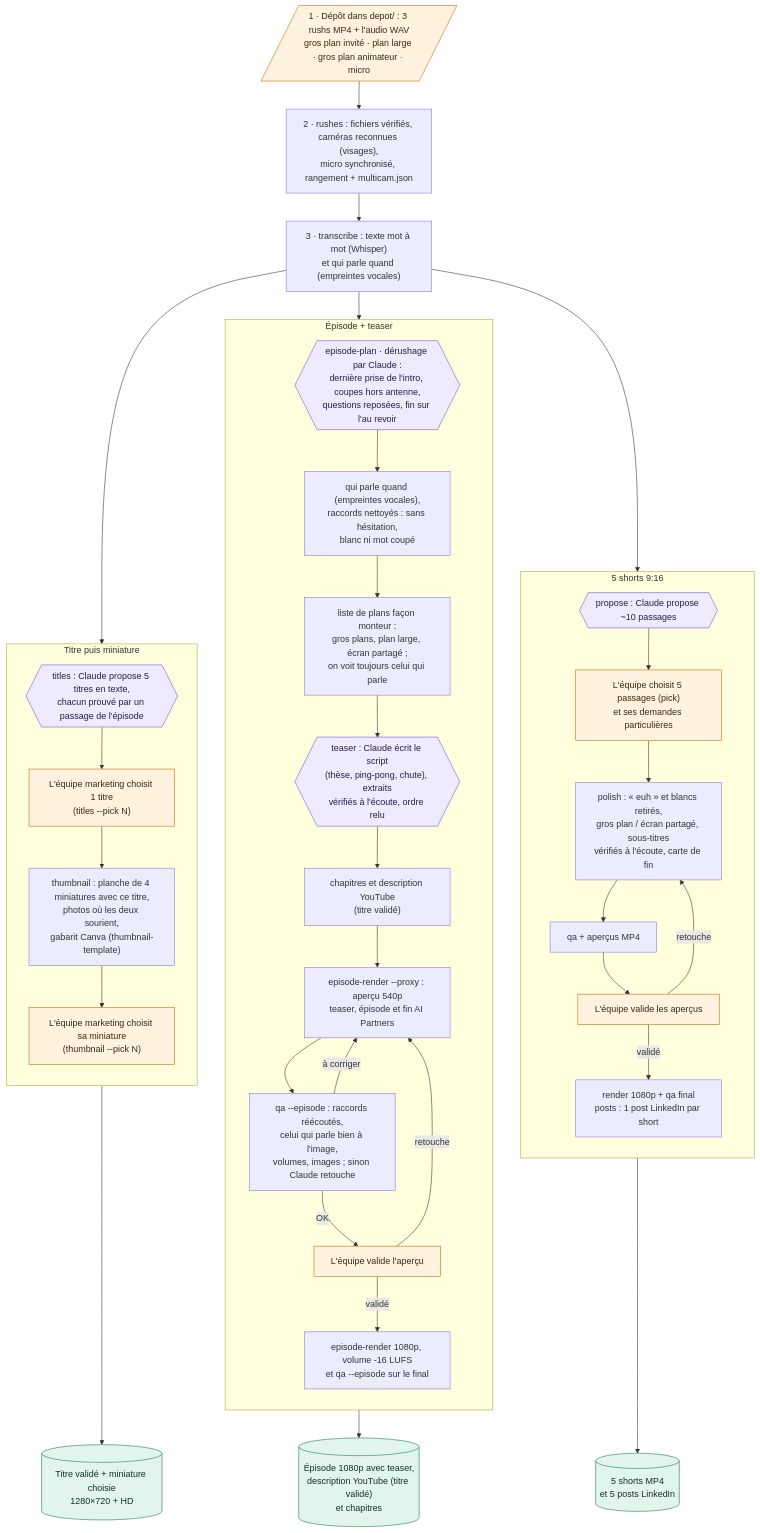
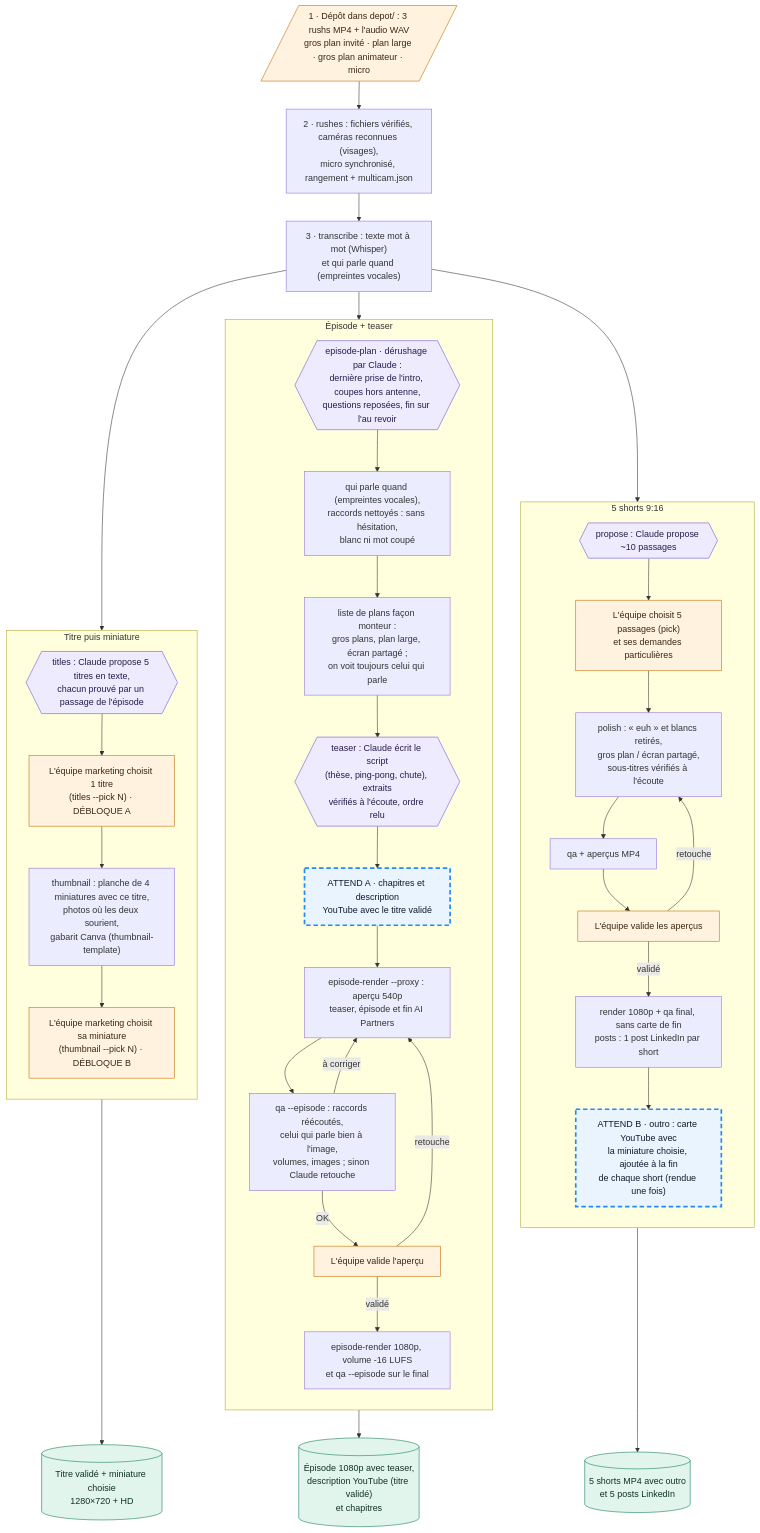
Before and after one commit to arthurw31/podcast-clipper: the diagram in docs/schema.mmd, drawn with Mermaid. The commit also changed 9 other files, not shown here.

First line of the commit message:
Outro des shorts = carte YouTube avec la miniature choisie (commande outro) ; schéma avec les dépendances entre colonnes

```diff
--- a/docs/schema.mmd
+++ b/docs/schema.mmd
@@ -1,50 +1,53 @@
 flowchart TD
     IN[/"1 · Dépôt dans depot/ : 3 rushs MP4 + l'audio WAV<br/>gros plan invité · plan large · gros plan animateur · micro"/]
     IN --> FE["2 · rushes : fichiers vérifiés, caméras reconnues (visages),<br/>micro synchronisé, rangement + multicam.json"]
     FE --> TR["3 · transcribe : texte mot à mot (Whisper)<br/>et qui parle quand (empreintes vocales)"]
     TR --> S1
     TR --> E1
     TR --> M1
 
     subgraph SH["5 shorts 9:16"]
         direction TB
         S1{{"propose : Claude propose ~10 passages"}} --> S2["L'équipe choisit 5 passages (pick)<br/>et ses demandes particulières"]
-        S2 --> S3["polish : « euh » et blancs retirés,<br/>gros plan / écran partagé, sous-titres<br/>vérifiés à l'écoute, carte de fin"]
+        S2 --> S3["polish : « euh » et blancs retirés,<br/>gros plan / écran partagé,<br/>sous-titres vérifiés à l'écoute"]
         S3 --> S4["qa + aperçus MP4"]
         S4 --> S5["L'équipe valide les aperçus"]
         S5 -->|retouche| S3
-        S5 -->|validé| S6["render 1080p + qa final<br/>posts : 1 post LinkedIn par short"]
+        S5 -->|validé| S6["render 1080p + qa final, sans carte de fin<br/>posts : 1 post LinkedIn par short"]
+        S6 --> S7["ATTEND B · outro : carte YouTube avec<br/>la miniature choisie, ajoutée à la fin<br/>de chaque short (rendue une fois)"]
     end
 
     subgraph EP["Épisode + teaser"]
         direction TB
         E1{{"episode-plan · dérushage par Claude :<br/>dernière prise de l'intro, coupes hors antenne,<br/>questions reposées, fin sur l'au revoir"}}
         E1 --> E2["qui parle quand (empreintes vocales),<br/>raccords nettoyés : sans hésitation,<br/>blanc ni mot coupé"]
         E2 --> E3["liste de plans façon monteur :<br/>gros plans, plan large, écran partagé ;<br/>on voit toujours celui qui parle"]
         E3 --> E4{{"teaser : Claude écrit le script<br/>(thèse, ping-pong, chute), extraits<br/>vérifiés à l'écoute, ordre relu"}}
-        E4 --> E5["chapitres et description YouTube<br/>(titre validé)"]
+        E4 --> E5["ATTEND A · chapitres et description<br/>YouTube avec le titre validé"]
         E5 --> E6["episode-render --proxy : aperçu 540p<br/>teaser, épisode et fin AI Partners"]
         E6 --> E7["qa --episode : raccords réécoutés,<br/>celui qui parle bien à l'image,<br/>volumes, images ; sinon Claude retouche"]
         E7 -->|OK| E8["L'équipe valide l'aperçu"]
         E7 -->|à corriger| E6
         E8 -->|retouche| E6
         E8 -->|validé| E9["episode-render 1080p, volume -16 LUFS<br/>et qa --episode sur le final"]
     end
 
     subgraph MI["Titre puis miniature"]
         direction TB
-        M1{{"titles : Claude propose 5 titres en texte,<br/>chacun prouvé par un passage de l'épisode"}} --> M2["L'équipe marketing choisit 1 titre<br/>(titles --pick N)"]
+        M1{{"titles : Claude propose 5 titres en texte,<br/>chacun prouvé par un passage de l'épisode"}} --> M2["L'équipe marketing choisit 1 titre<br/>(titles --pick N) · DÉBLOQUE A"]
         M2 --> M3["thumbnail : planche de 4 miniatures avec ce titre,<br/>photos où les deux sourient,<br/>gabarit Canva (thumbnail-template)"]
-        M3 --> M4["L'équipe marketing choisit sa miniature<br/>(thumbnail --pick N)"]
+        M3 --> M4["L'équipe marketing choisit sa miniature<br/>(thumbnail --pick N) · DÉBLOQUE B"]
     end
 
-    S6 --> L1[("5 shorts MP4<br/>et 5 posts LinkedIn")]
+    S7 --> L1[("5 shorts MP4 avec outro<br/>et 5 posts LinkedIn")]
     E9 --> L2[("Épisode 1080p avec teaser,<br/>description YouTube (titre validé)<br/>et chapitres")]
     M4 --> L3[("Titre validé + miniature choisie<br/>1280×720 + HD")]
 
     classDef human fill:#FFF2DF,stroke:#C26A00,color:#3A2810;
     classDef llm fill:#EFEBFF,stroke:#6B4FD8,color:#251C47;
     classDef deliver fill:#E2F5EC,stroke:#0F7A55,color:#0F3127;
+    classDef wait fill:#EAF4FF,stroke:#258AF3,stroke-width:3px,stroke-dasharray:8 5,color:#0E1A2B;
     class IN,S2,S5,E8,M2,M4 human;
     class S1,E1,E4,M1 llm;
     class L1,L2,L3 deliver;
+    class E5,S7 wait;
```
